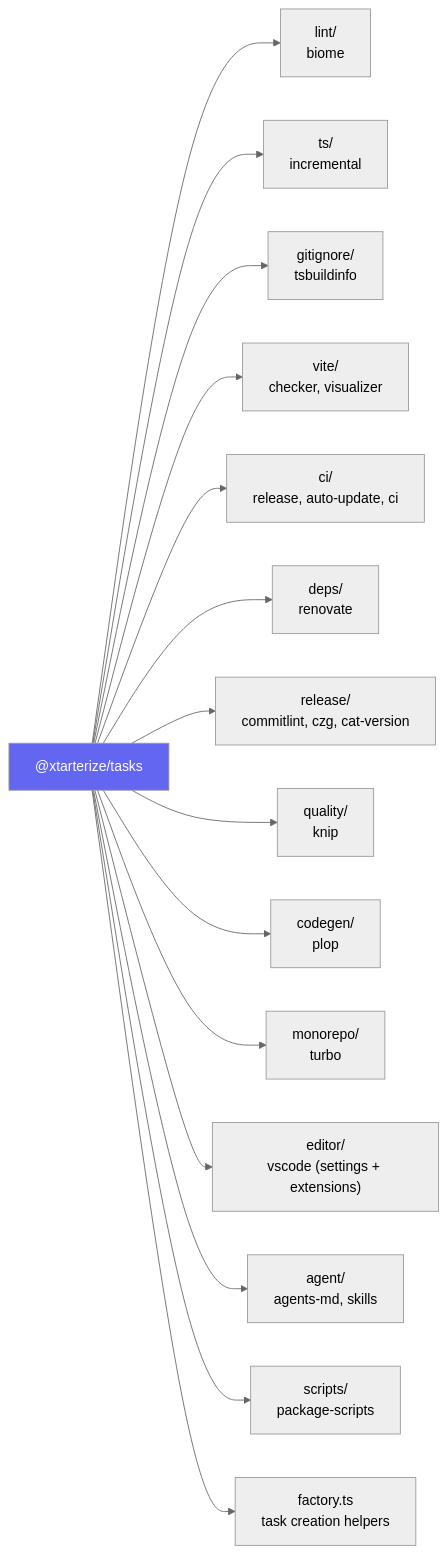
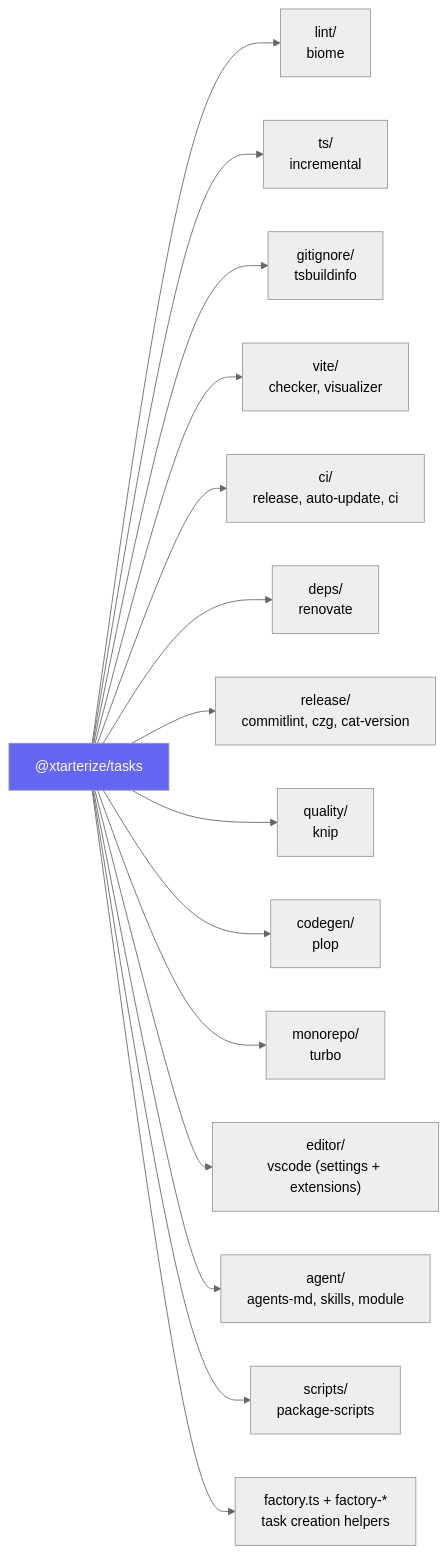
Before and after one commit to agustinusnathaniel/xtarter: the fourth of 4 diagrams in apps/docs/src/content/docs/contributing/architecture/overview.mdx, drawn with Mermaid (neutral theme). The commit also changed other lines of this file and 3 other files, not shown here.

Commit message:
docs: update architecture docs for refactored seams

````diff
--- a/apps/docs/src/content/docs/contributing/architecture/overview.mdx
+++ b/apps/docs/src/content/docs/contributing/architecture/overview.mdx
@@ -103,19 +103,19 @@
 ```mermaid
 flowchart LR
     Tasks["@xtarterize/tasks"] --> Lint["lint/<br/>biome"]
     Tasks --> TS["ts/<br/>incremental"]
     Tasks --> Gitignore["gitignore/<br/>tsbuildinfo"]
     Tasks --> Vite["vite/<br/>checker, visualizer"]
     Tasks --> CI["ci/<br/>release, auto-update, ci"]
     Tasks --> Deps["deps/<br/>renovate"]
     Tasks --> Release["release/<br/>commitlint, czg, cat-version"]
     Tasks --> Quality["quality/<br/>knip"]
     Tasks --> Codegen["codegen/<br/>plop"]
     Tasks --> Monorepo["monorepo/<br/>turbo"]
     Tasks --> Editor["editor/<br/>vscode (settings + extensions)"]
-    Tasks --> Agent["agent/<br/>agents-md, skills"]
+    Tasks --> Agent["agent/<br/>agents-md, skills, module"]
     Tasks --> Scripts["scripts/<br/>package-scripts"]
-    Tasks --> Factory["factory.ts<br/>task creation helpers"]
+    Tasks --> Factory["factory.ts + factory-*<br/>task creation helpers"]
     
     style Tasks fill:#6366f1,color:#fff
 ```
````
